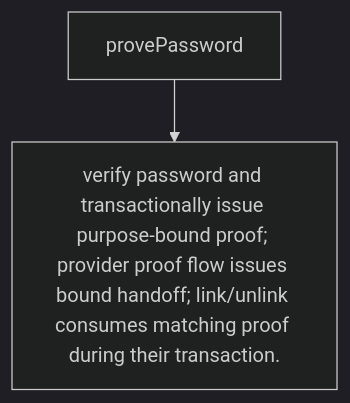
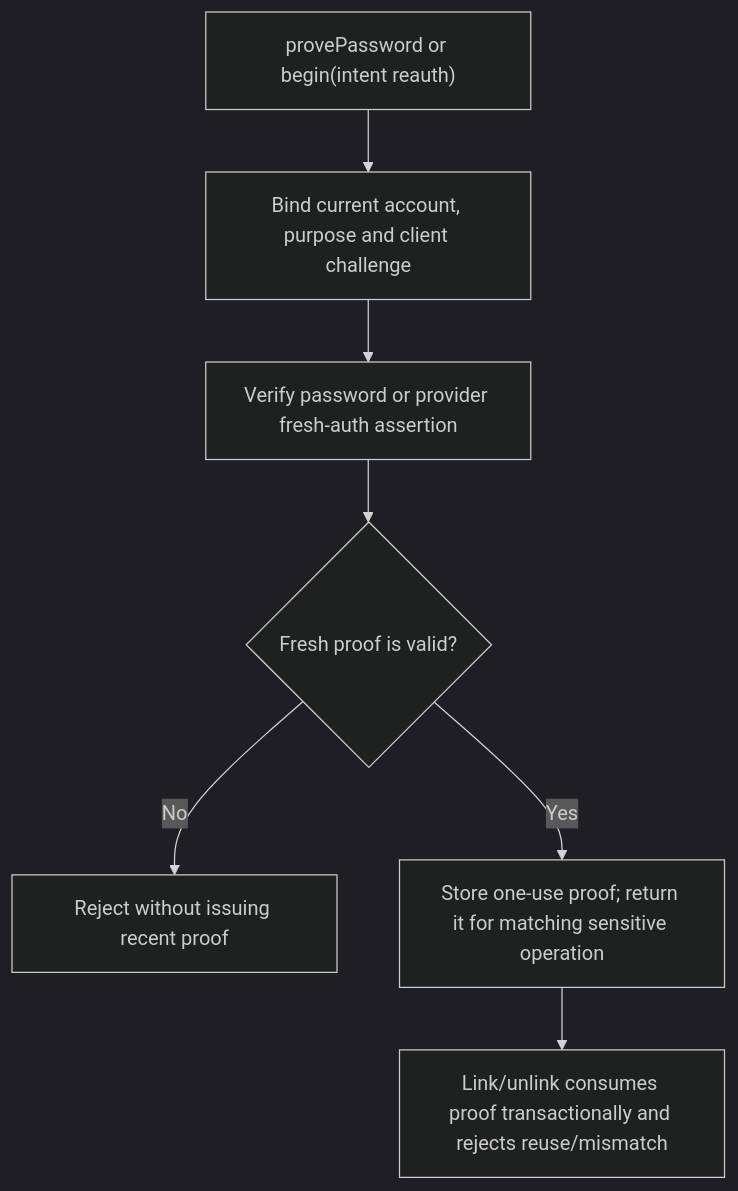
One commit to Kevinjohn/oss-adonisjs-account-kit changed the second of 2 diagrams in user-stories/US-ACCOUNT-23-prove-social-action.md. Above: the diagram before and after it, drawn with Mermaid (dark theme). The commit also changed other lines of this file and 9 other files, not shown here.

````diff
--- a/user-stories/US-ACCOUNT-23-prove-social-action.md
+++ b/user-stories/US-ACCOUNT-23-prove-social-action.md
@@ -33,6 +35,9 @@
 ```mermaid
 flowchart TD
-    C0["provePassword"]
-    C1["verify password and transactionally issue purpose-bound proof; provider proof flow issues bound handoff; link/unlink consumes matching proof during their transaction."]
-    C0 --> C1
+ A["provePassword or begin(intent reauth)"] --> B["Bind current account, purpose and client challenge"]
+ B --> C["Verify password or provider fresh-auth assertion"]
+ C --> D{"Fresh proof is valid?"}
+ D -->|No| E["Reject without issuing recent proof"]
+ D -->|Yes| F["Store one-use proof; return it for matching sensitive operation"]
+ F --> G["Link/unlink consumes proof transactionally and rejects reuse/mismatch"]
 ```
````
